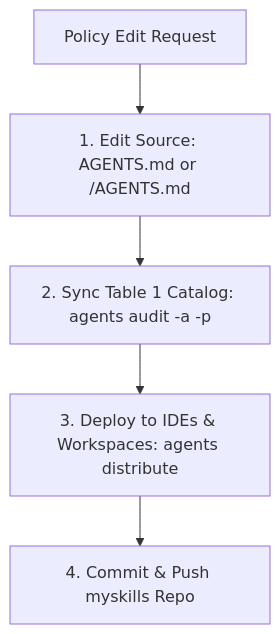
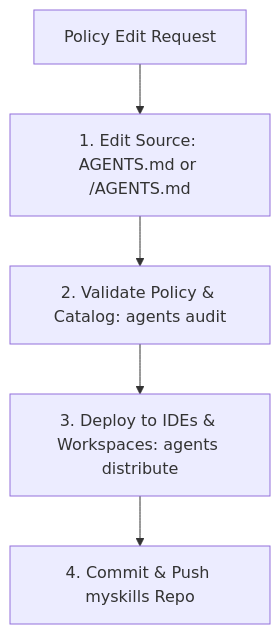
One commit to loerei/myskills changed the diagram in productivity/manage-global-policies/SKILL.md. Above: the diagram before and after it, drawn with Mermaid. The commit also changed other lines of this file and 3 other files, not shown here.

````diff
--- a/productivity/manage-global-policies/SKILL.md
+++ b/productivity/manage-global-policies/SKILL.md
@@ -12,7 +12,7 @@
 ```mermaid
 flowchart TD
     Start["Policy Edit Request"] --> Edit["1. Edit Source: AGENTS.md or <platform>/AGENTS.md"]
-    Edit --> Audit["2. Sync Table 1 Catalog: agents audit -a -p"]
+    Edit --> Audit["2. Validate Policy & Catalog: agents audit"]
     Audit --> Distribute["3. Deploy to IDEs & Workspaces: agents distribute"]
     Distribute --> Git["4. Commit & Push myskills Repo"]
 ```
````
